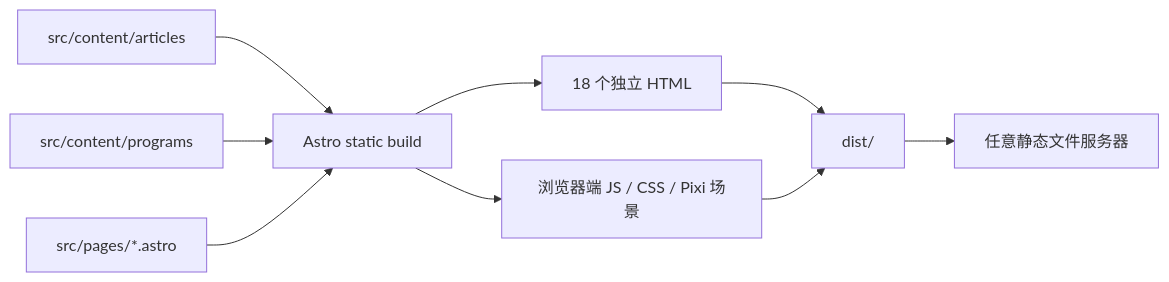
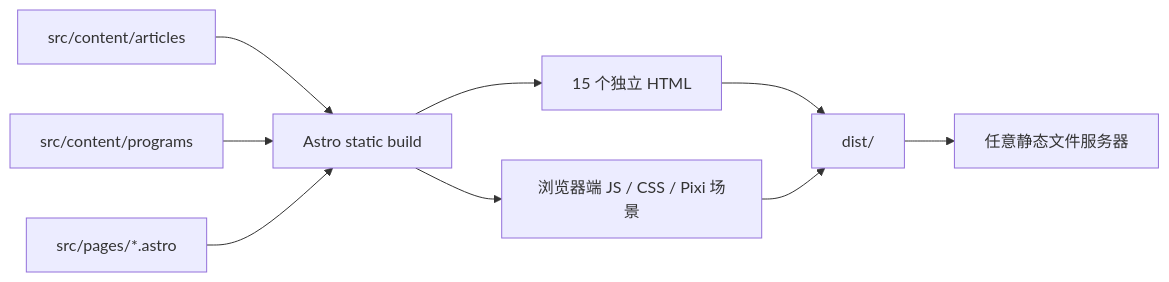
Before and after one commit to WALK-FISH2/walk_fish_net: the diagram in 03_SourceCode/Website/architecture.md, drawn with Mermaid. The commit also changed other lines of this file and 11 other files, not shown here.

````diff
--- a/03_SourceCode/Website/architecture.md
+++ b/03_SourceCode/Website/architecture.md
@@ -36,20 +36,20 @@
 ```mermaid
 flowchart LR
     Articles["src/content/articles"]
     Programs["src/content/programs"]
     Pages["src/pages/*.astro"]
     Astro["Astro static build"]
-    HTML["18 个独立 HTML"]
+    HTML["15 个独立 HTML"]
     Assets["浏览器端 JS / CSS / Pixi 场景"]
     Dist["dist/"]
     Host["任意静态文件服务器"]
 
     Articles --> Astro
     Programs --> Astro
     Pages --> Astro
     Astro --> HTML
     Astro --> Assets
     HTML --> Dist
     Assets --> Dist
     Dist --> Host
 ```
````
